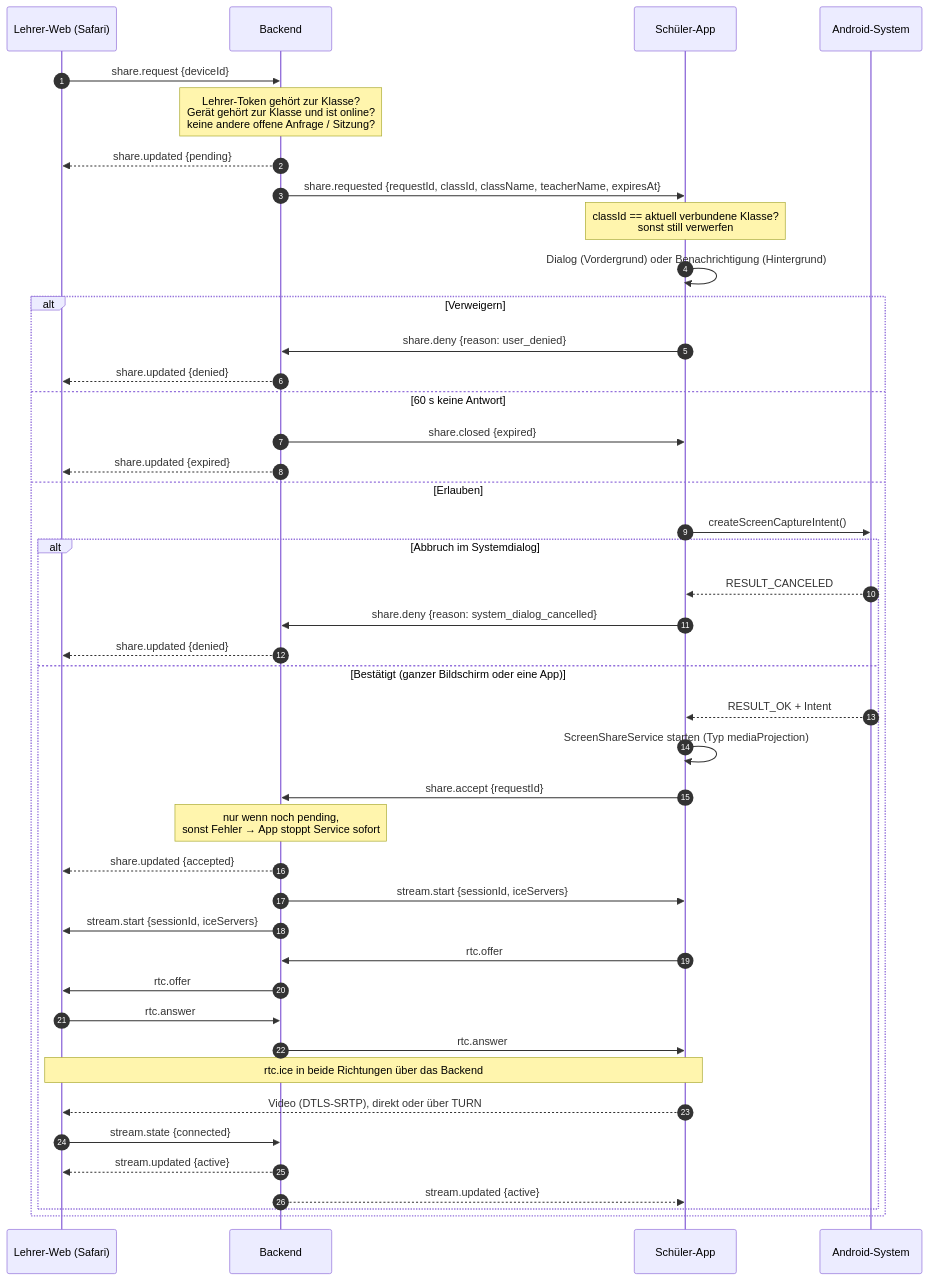
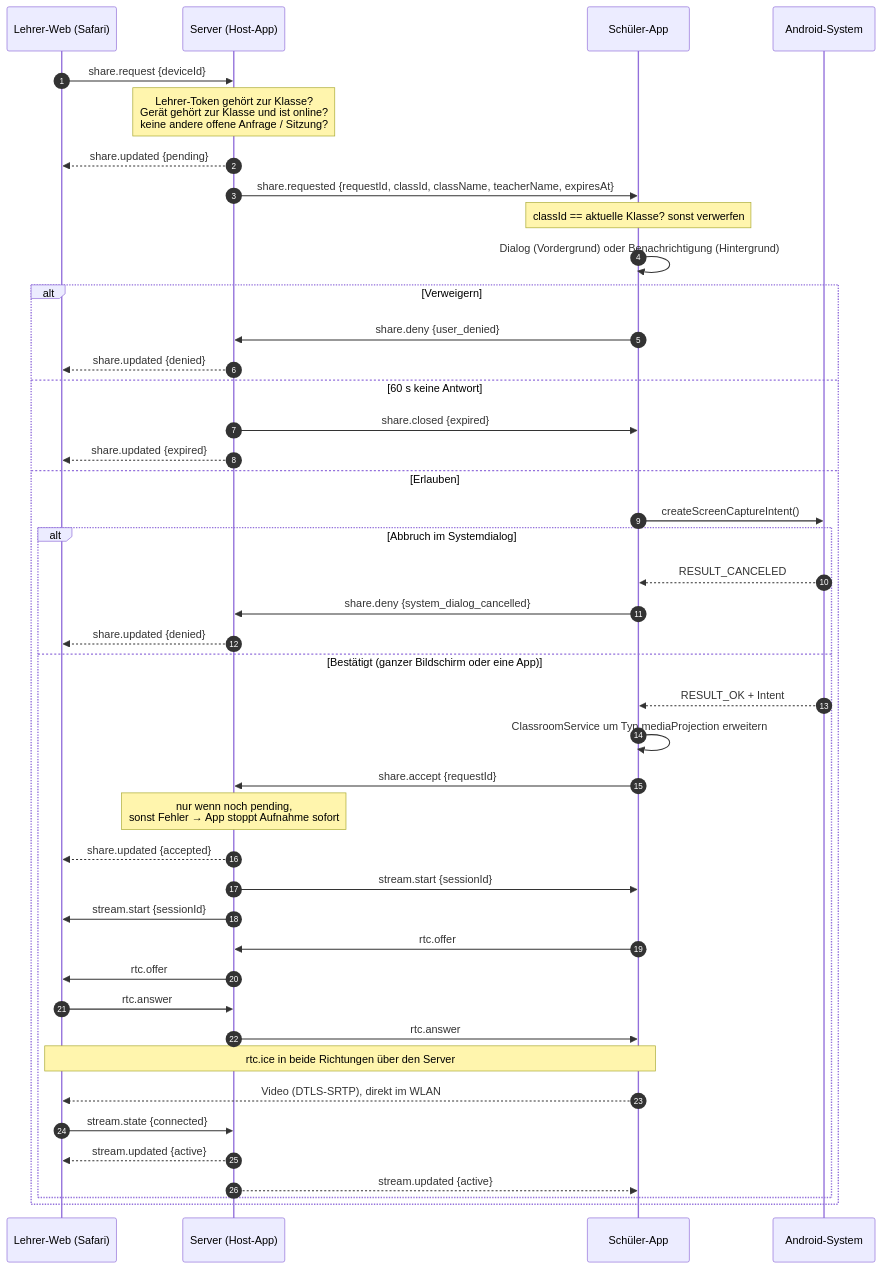
Before and after one commit to realcraftguy-com/Classview: the seventh of 8 diagrams in docs/architecture.md, drawn with Mermaid. The commit also changed other lines of this file and 3 other files, not shown here.

First line of the commit message:
Phase 1 Rev. 2: Hosting per Host-App auf dem Galaxy S21 FE

````diff
--- a/docs/architecture.md
+++ b/docs/architecture.md
@@ -368,47 +460,47 @@
 ```mermaid
 sequenceDiagram
     autonumber
     participant L as Lehrer-Web (Safari)
-    participant B as Backend
+    participant H as Server (Host-App)
     participant S as Schüler-App
     participant A as Android-System
 
-    L->>B: share.request {deviceId}
-    Note over B: Lehrer-Token gehört zur Klasse?<br/>Gerät gehört zur Klasse und ist online?<br/>keine andere offene Anfrage / Sitzung?
-    B-->>L: share.updated {pending}
-    B->>S: share.requested {requestId, classId, className, teacherName, expiresAt}
-    Note over S: classId == aktuell verbundene Klasse?<br/>sonst still verwerfen
+    L->>H: share.request {deviceId}
+    Note over H: Lehrer-Token gehört zur Klasse?<br/>Gerät gehört zur Klasse und ist online?<br/>keine andere offene Anfrage / Sitzung?
+    H-->>L: share.updated {pending}
+    H->>S: share.requested {requestId, classId, className, teacherName, expiresAt}
+    Note over S: classId == aktuelle Klasse? sonst verwerfen
     S->>S: Dialog (Vordergrund) oder Benachrichtigung (Hintergrund)
 
     alt Verweigern
-        S->>B: share.deny {reason: user_denied}
-        B-->>L: share.updated {denied}
+        S->>H: share.deny {user_denied}
+        H-->>L: share.updated {denied}
     else 60 s keine Antwort
-        B->>S: share.closed {expired}
-        B-->>L: share.updated {expired}
+        H->>S: share.closed {expired}
+        H-->>L: share.updated {expired}
     else Erlauben
         S->>A: createScreenCaptureIntent()
         alt Abbruch im Systemdialog
             A-->>S: RESULT_CANCELED
-            S->>B: share.deny {reason: system_dialog_cancelled}
-            B-->>L: share.updated {denied}
+            S->>H: share.deny {system_dialog_cancelled}
+            H-->>L: share.updated {denied}
         else Bestätigt (ganzer Bildschirm oder eine App)
             A-->>S: RESULT_OK + Intent
-            S->>S: ScreenShareService starten (Typ mediaProjection)
-            S->>B: share.accept {requestId}
-            Note over B: nur wenn noch pending,<br/>sonst Fehler → App stoppt Service sofort
-            B-->>L: share.updated {accepted}
-            B->>S: stream.start {sessionId, iceServers}
-            B->>L: stream.start {sessionId, iceServers}
-            S->>B: rtc.offer
-            B->>L: rtc.offer
-            L->>B: rtc.answer
-            B->>S: rtc.answer
-            Note over S,L: rtc.ice in beide Richtungen über das Backend
-            S-->>L: Video (DTLS-SRTP), direkt oder über TURN
-            L->>B: stream.state {connected}
-            B-->>L: stream.updated {active}
-            B-->>S: stream.updated {active}
+            S->>S: ClassroomService um Typ mediaProjection erweitern
+            S->>H: share.accept {requestId}
+            Note over H: nur wenn noch pending,<br/>sonst Fehler → App stoppt Aufnahme sofort
+            H-->>L: share.updated {accepted}
+            H->>S: stream.start {sessionId}
+            H->>L: stream.start {sessionId}
+            S->>H: rtc.offer
+            H->>L: rtc.offer
+            L->>H: rtc.answer
+            H->>S: rtc.answer
+            Note over S,L: rtc.ice in beide Richtungen über den Server
+            S-->>L: Video (DTLS-SRTP), direkt im WLAN
+            L->>H: stream.state {connected}
+            H-->>L: stream.updated {active}
+            H-->>S: stream.updated {active}
         end
     end
 ```
````
